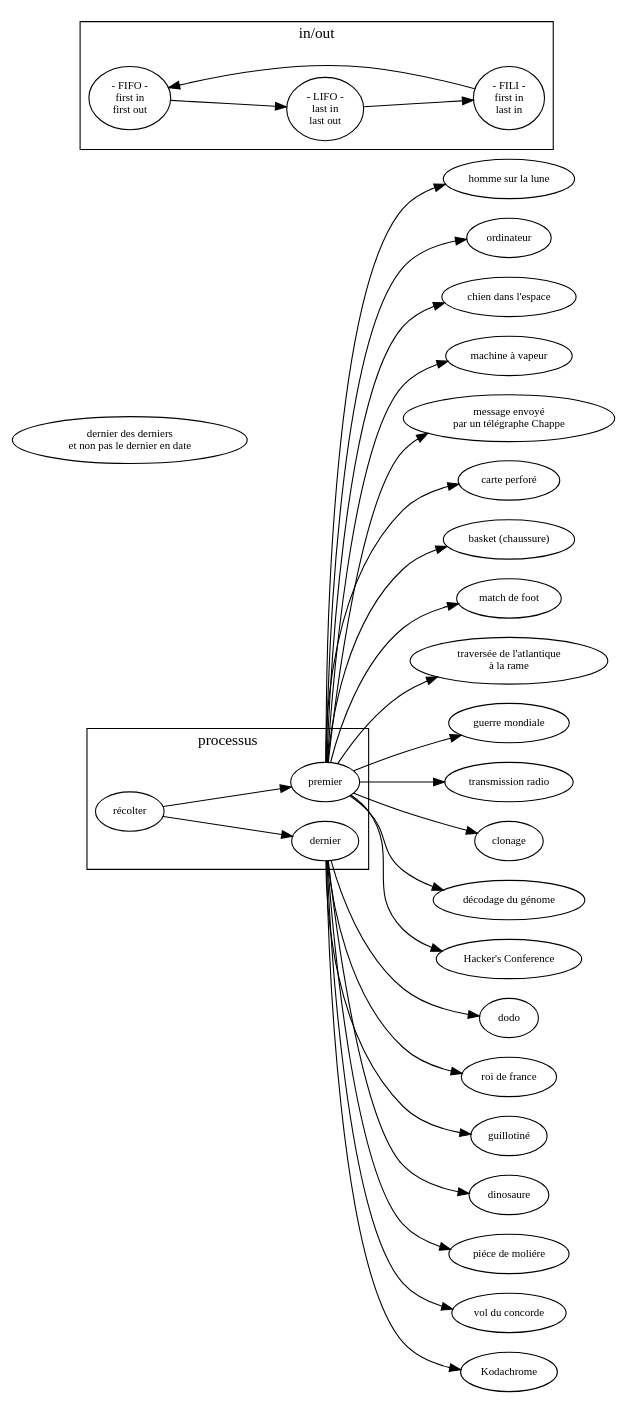
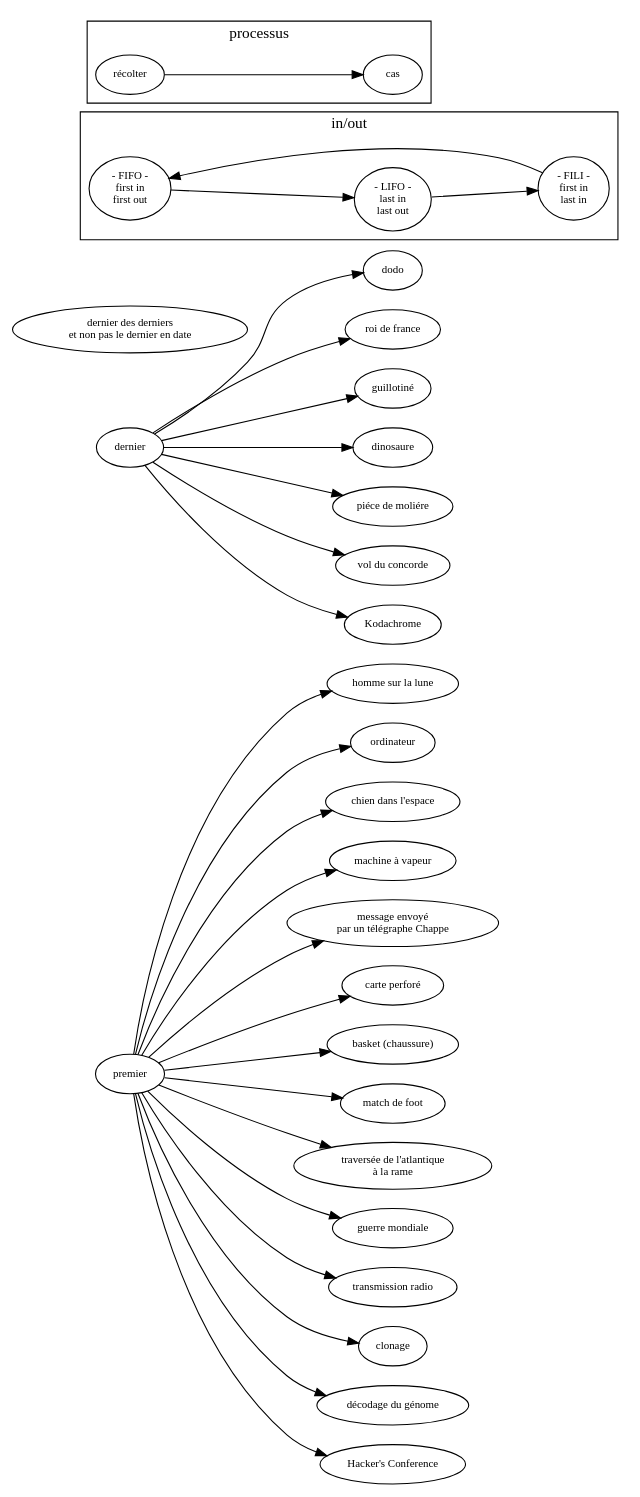
One commit to ensad-nancy/first-last changed the diagram in sujet.dot. Above: the diagram before and after it, drawn with Graphviz.

Commit message:
+		get -> cas

```diff
--- a/sujet.dot
+++ b/sujet.dot
@@ -1,63 +1,63 @@
 digraph {
 
 	layout= "dot"
 	
 
 	fontname="myriadpro"
 	fontsize = 14
 	rankdir="LR"
 	
 	
 	node [fontname="myriadpro", fontsize = 10]
 	edge [fontname="monaco", fontsize = 9]
 	
 	first [label="premier"]
 	last [label="dernier"]
 	
 	"dernier des derniers\n et non pas le dernier en date" 
 
 	first -> "homme sur la lune"
 	first -> "ordinateur"
 	first -> "chien dans l'espace"
 	first -> "machine à vapeur"
 	first -> "message envoyé\npar un télégraphe Chappe"
 	first -> "carte perforé"
 	first -> "basket (chaussure)"
 	first -> "match de foot"
 	first -> "traversée de l'atlantique\nà la rame"
 	first -> "guerre mondiale"
 	first -> "transmission radio"
 	first -> "clonage"
 	first -> "décodage du génome"
 	first -> "Hacker's Conference"
 	
 	last -> dodo
 	last -> "roi de france"
 	last -> "guillotiné"
 	last -> "dinosaure"
 	last -> "piéce de moliére"
 	last -> "vol du concorde"
 	last -> "Kodachrome"
 
 	subgraph cluster_FO{
 	
 		label="in/out"
 		
 		FIFO [label="- FIFO -\nfirst in\nfirst out"]
 		LIFO [label="- LIFO -\nlast in\nlast out"]
 		FILI [label="- FILI -\nfirst in\n last in"]
 
 		FILI -> FIFO -> LIFO -> FILI
 	}
 	
 	subgraph cluster_process {
 		
 		label="processus"
 		
 		get [label="récolter"]
 		
-		get -> {first, last}
+		get -> cas
 	
 	}
 	
 }
```
